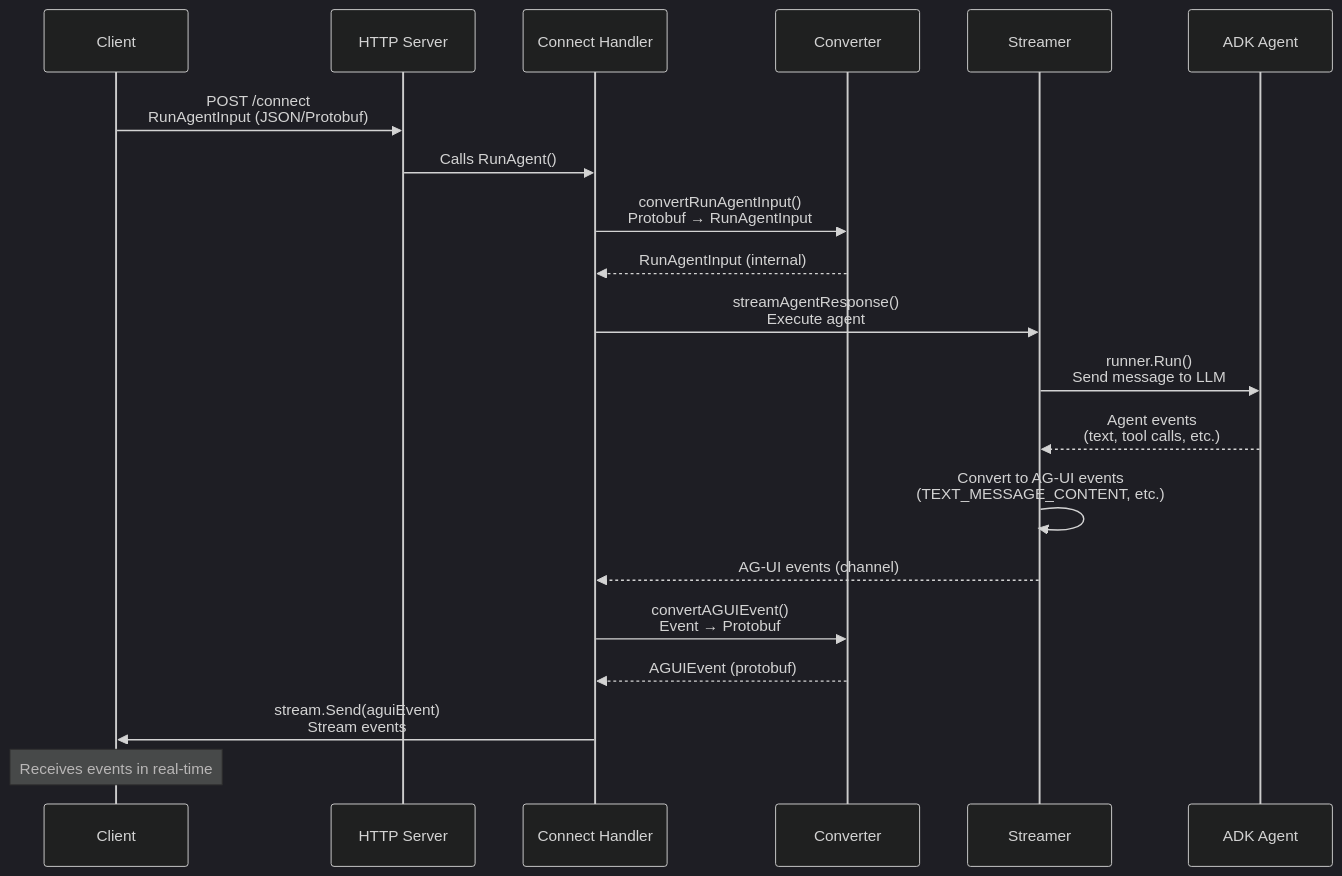
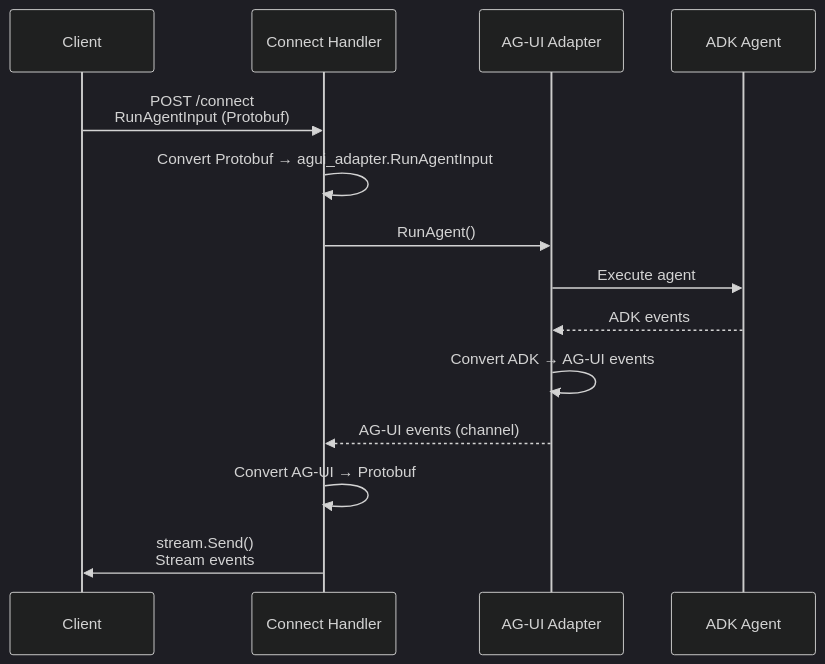
The second of 2 diagrams in agent-go-ag-ui/docs/CONNECT_RPC.md (alejomartinez8/chatbot-demo), drawn with Mermaid (dark theme) before and after one commit. The commit also changed other lines of this file and 14 other files, not shown here.

First line of the commit message:
refactor: implement layered architecture and eliminate code redundancy (#13)

````diff
--- a/agent-go-ag-ui/docs/CONNECT_RPC.md
+++ b/agent-go-ag-ui/docs/CONNECT_RPC.md
@@ -168,28 +31,17 @@
 ```mermaid
 sequenceDiagram
     participant Client
-    participant Server as HTTP Server
-    participant Connect as Connect Handler
-    participant Converter
-    participant Streamer
+    participant Handler as Connect Handler
+    participant Adapter as AG-UI Adapter
     participant ADK as ADK Agent
     
-    Client->>Server: POST /connect<br/>RunAgentInput (JSON/Protobuf)
-    Server->>Connect: Calls RunAgent()
-    
-    Connect->>Converter: convertRunAgentInput()<br/>Protobuf → RunAgentInput
-    Converter-->>Connect: RunAgentInput (internal)
-    
-    Connect->>Streamer: streamAgentResponse()<br/>Execute agent
-    Streamer->>ADK: runner.Run()<br/>Send message to LLM
-    ADK-->>Streamer: Agent events<br/>(text, tool calls, etc.)
-    
-    Streamer->>Streamer: Convert to AG-UI events<br/>(TEXT_MESSAGE_CONTENT, etc.)
-    Streamer-->>Connect: AG-UI events (channel)
-    
-    Connect->>Converter: convertAGUIEvent()<br/>Event → Protobuf
-    Converter-->>Connect: AGUIEvent (protobuf)
-    
-    Connect->>Client: stream.Send(aguiEvent)<br/>Stream events
-    Note over Client: Receives events in real-time
+    Client->>Handler: POST /connect<br/>RunAgentInput (Protobuf)
+    Handler->>Handler: Convert Protobuf → agui_adapter.RunAgentInput
+    Handler->>Adapter: RunAgent()
+    Adapter->>ADK: Execute agent
+    ADK-->>Adapter: ADK events
+    Adapter->>Adapter: Convert ADK → AG-UI events
+    Adapter-->>Handler: AG-UI events (channel)
+    Handler->>Handler: Convert AG-UI → Protobuf
+    Handler->>Client: stream.Send()<br/>Stream events
 ```
````
